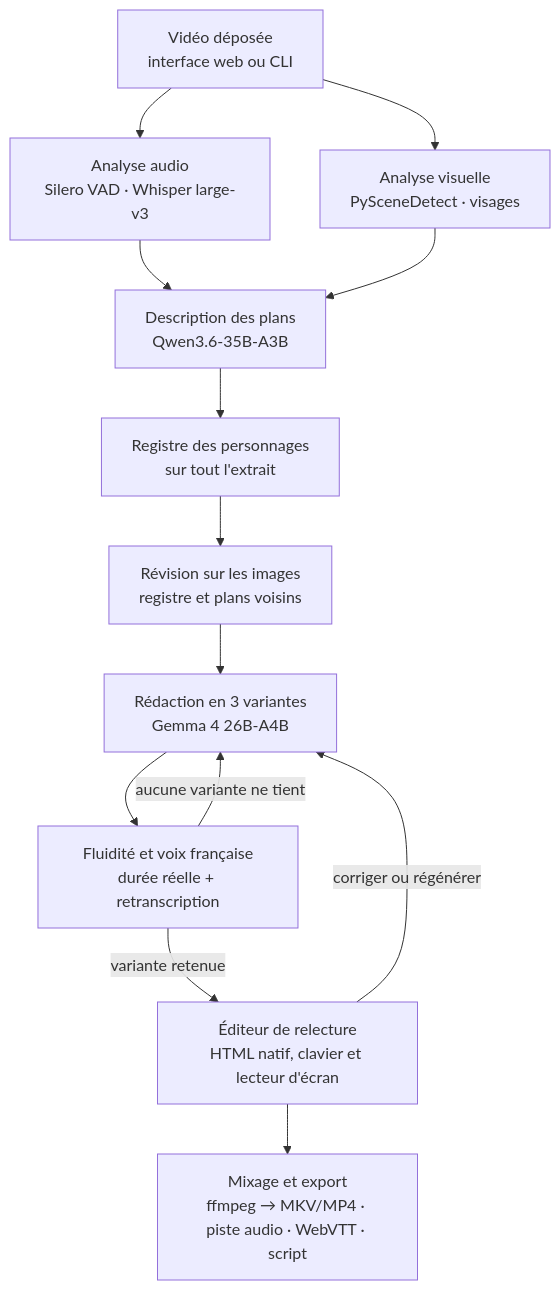
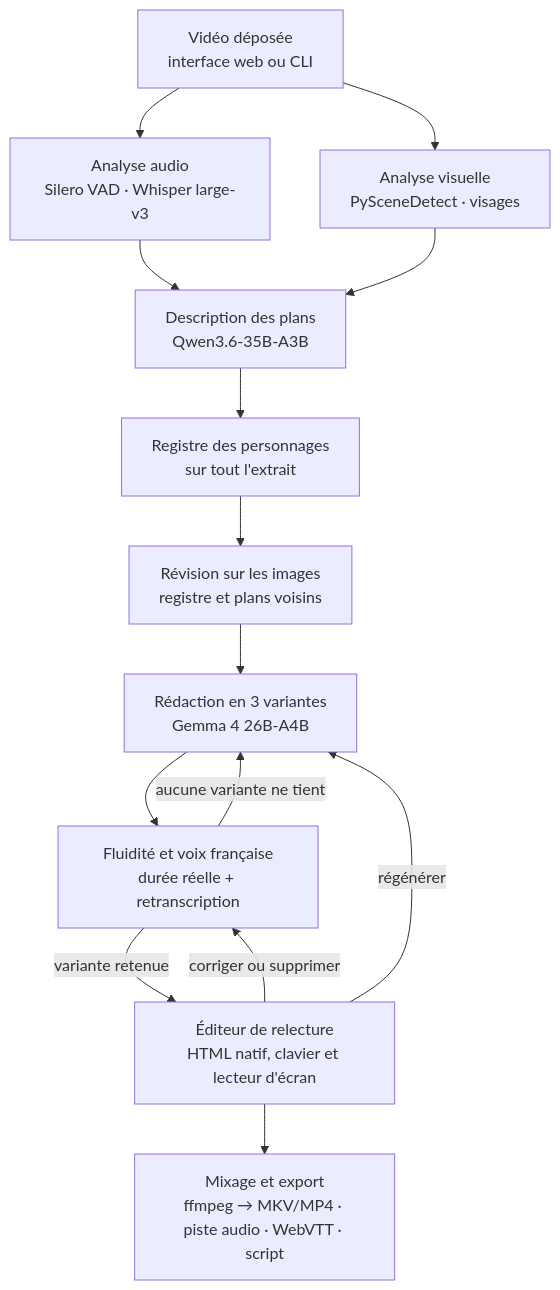
Before and after one commit to swinn37/AudesIA: the diagram in AUDESIA.md, drawn with Mermaid. The commit also changed other lines of this file and 2 other files, not shown here.

````diff
--- a/AUDESIA.md
+++ b/AUDESIA.md
@@ -125,15 +125,16 @@
 ```mermaid
 flowchart TD
   A[Vidéo déposée<br/>interface web ou CLI] --> B[Analyse audio<br/>Silero VAD · Whisper large-v3]
   A --> C[Analyse visuelle<br/>PySceneDetect · visages]
   B --> D[Description des plans<br/>Qwen3.6-35B-A3B]
   C --> D
   D --> R[Registre des personnages<br/>sur tout l'extrait]
   R --> V[Révision sur les images<br/>registre et plans voisins]
   V --> E[Rédaction en 3 variantes<br/>Gemma 4 26B-A4B]
   E --> F[Fluidité et voix française<br/>durée réelle + retranscription]
   F -- aucune variante ne tient --> E
   F -- variante retenue --> G[Éditeur de relecture<br/>HTML natif, clavier et lecteur d'écran]
-  G -- corriger ou régénérer --> E
+  G -- corriger ou supprimer --> F
+  G -- régénérer --> E
   G --> H[Mixage et export<br/>ffmpeg → MKV/MP4 · piste audio · WebVTT · script]
 ```
````
